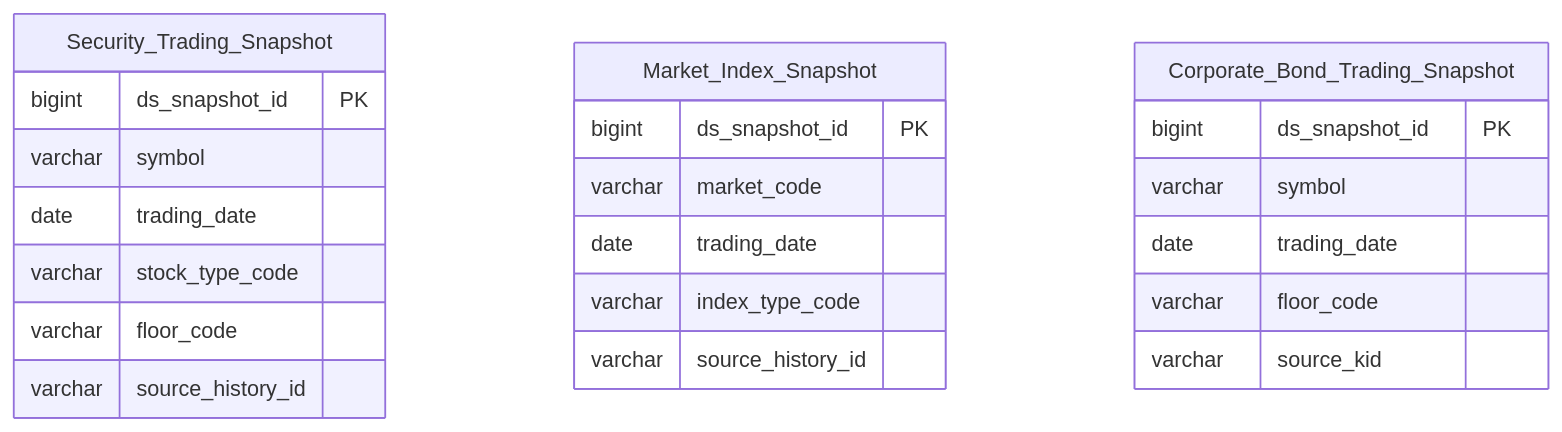
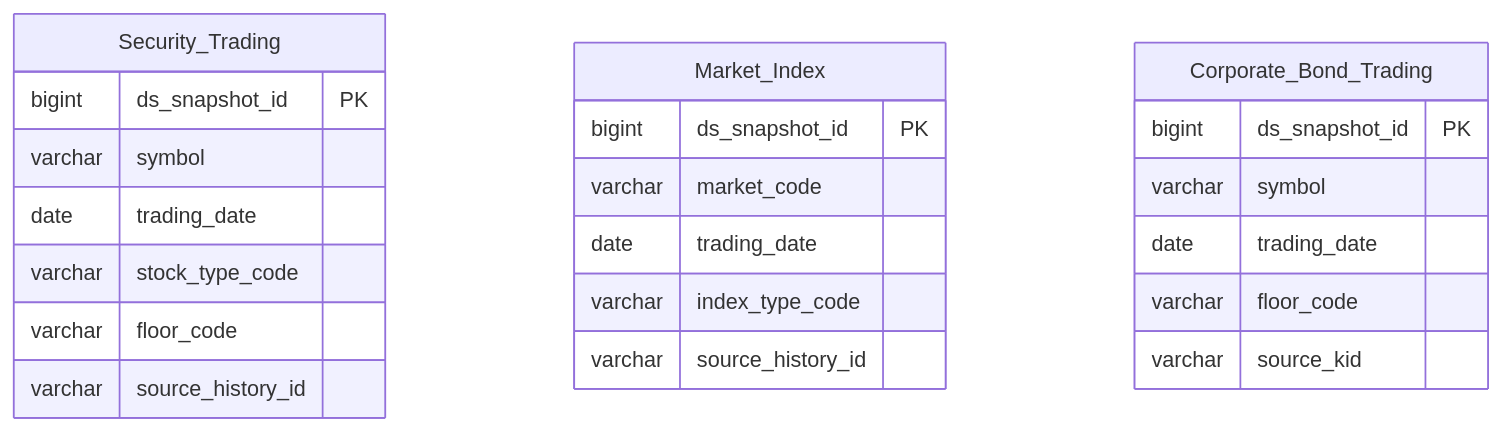
The second of 2 diagrams in DataModel/working/Atomic/hld/MDDS_HLD_Tier1.md (linhlvit/ubck_atomic_design), drawn with Mermaid before and after one commit. The commit also changed other lines of this file and 16 other files, not shown here.

````diff
--- a/DataModel/working/Atomic/hld/MDDS_HLD_Tier1.md
+++ b/DataModel/working/Atomic/hld/MDDS_HLD_Tier1.md
@@ -62,27 +62,27 @@
 ```mermaid
 erDiagram
-    Security_Trading_Snapshot {
+    Security_Trading {
         bigint ds_snapshot_id PK
         varchar symbol
         date trading_date
         varchar stock_type_code
         varchar floor_code
         varchar source_history_id
     }
 
-    Market_Index_Snapshot {
+    Market_Index {
         bigint ds_snapshot_id PK
         varchar market_code
         date trading_date
         varchar index_type_code
         varchar source_history_id
     }
 
-    Corporate_Bond_Trading_Snapshot {
+    Corporate_Bond_Trading {
         bigint ds_snapshot_id PK
         varchar symbol
         date trading_date
         varchar floor_code
         varchar source_kid
     }
 ```
````
